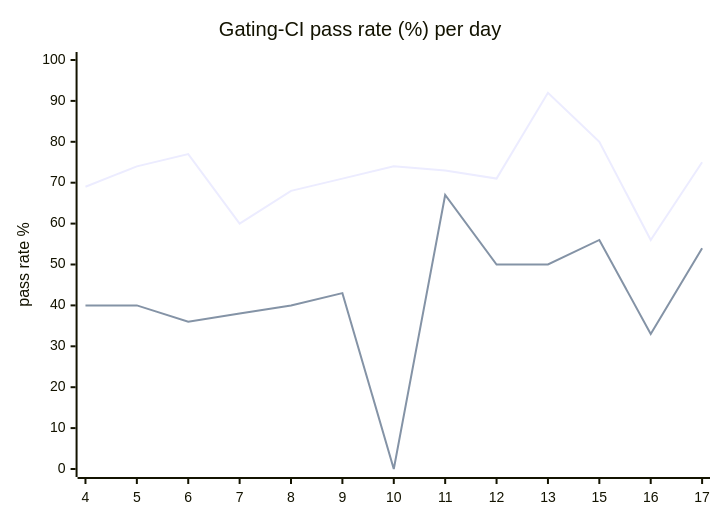
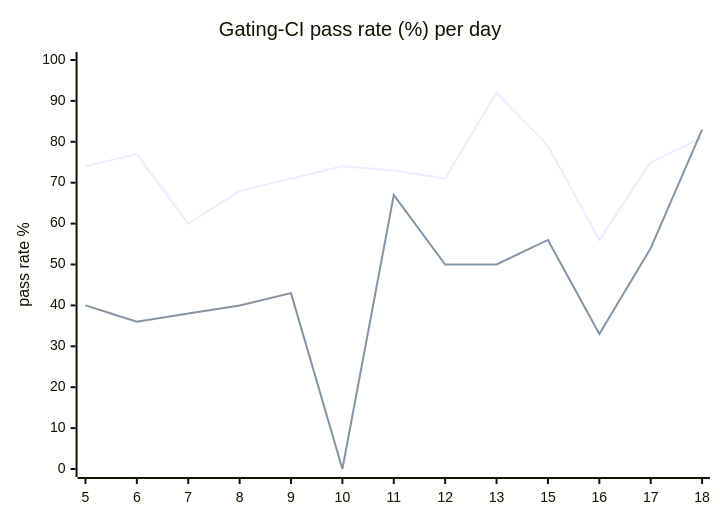
The diagram in hack/ci/ci-dashboard/staging/issue.md (hatchet-dev/hatchet), drawn with Mermaid before and after one commit. The commit also changed other lines of this file, not shown here.

````diff
--- a/hack/ci/ci-dashboard/staging/issue.md
+++ b/hack/ci/ci-dashboard/staging/issue.md
@@ -9,8 +9,8 @@
 ```mermaid
 xychart-beta
   title "Gating-CI pass rate (%) per day"
-  x-axis [4, 5, 6, 7, 8, 9, 10, 11, 12, 13, 15, 16, 17]
+  x-axis [5, 6, 7, 8, 9, 10, 11, 12, 13, 15, 16, 17, 18]
   y-axis "pass rate %" 0 --> 100
-  line "CI" [69, 74, 77, 60, 68, 71, 74, 73, 71, 92, 80, 56, 75]
-  line "main" [40, 40, 36, 38, 40, 43, 0, 67, 50, 50, 56, 33, 54]
+  line "CI" [74, 77, 60, 68, 71, 74, 73, 71, 92, 79, 56, 75, 81]
+  line "main" [40, 36, 38, 40, 43, 0, 67, 50, 50, 56, 33, 54, 83]
 ```
````
